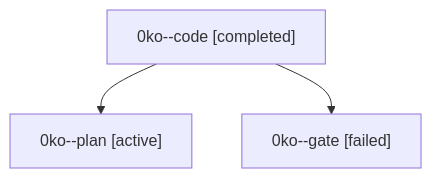
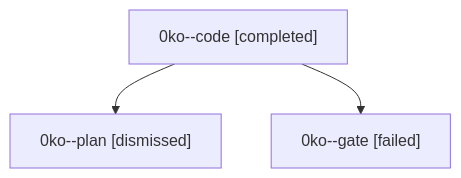
The diagram in sessions/bbugyi200.athena.0ko.md (sase-org/sase--agents), drawn with Mermaid before and after one commit. The commit also changed other lines of this file and 30 other files, not shown here.

````diff
--- a/sessions/bbugyi200.athena.0ko.md
+++ b/sessions/bbugyi200.athena.0ko.md
@@ -9,8 +9,8 @@
 ```mermaid
 flowchart TD
   n0["0ko--code [completed]"]
-  n1["0ko--plan [active]"]
+  n1["0ko--plan [dismissed]"]
   n0 --> n1
   n2["0ko--gate [failed]"]
   n0 --> n2
 ```
````
